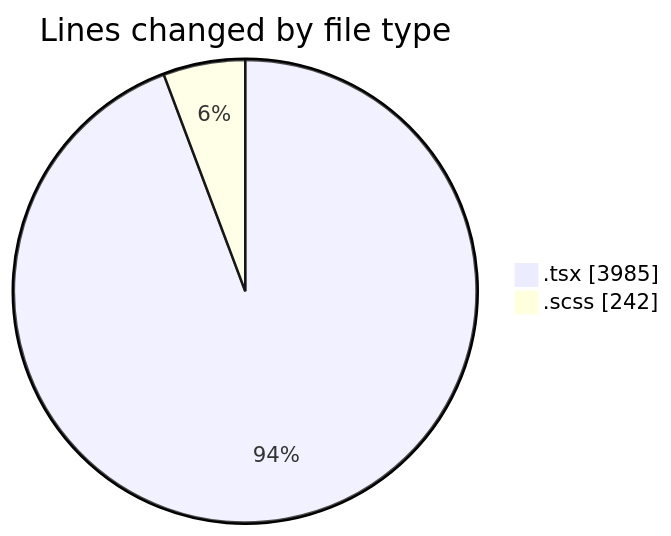
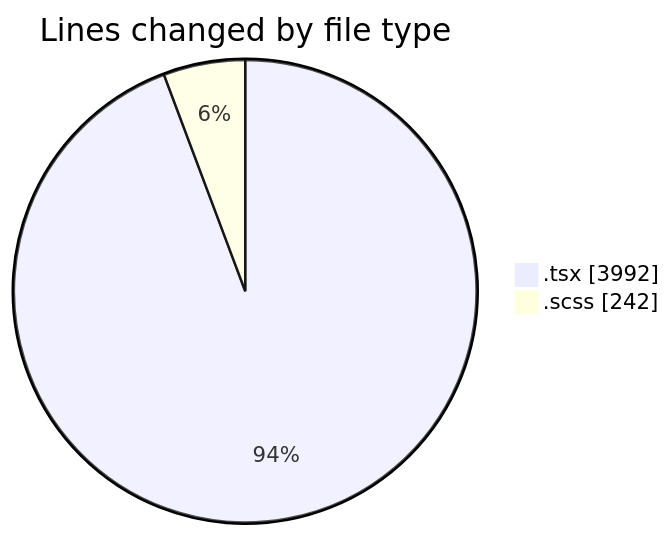
One commit to momahboobian/code-tracking changed the first of 2 diagrams in 2025-07-03/cda/README.md. Above: the diagram before and after it, drawn with Mermaid. The commit also changed other lines of this file and 1 other file, not shown here.

````diff
--- a/2025-07-03/cda/README.md
+++ b/2025-07-03/cda/README.md
@@ -36,6 +36,6 @@
 ```mermaid
 pie showData
 title Lines changed by file type
-".tsx" : 3985
+".tsx" : 3992
 ".scss" : 242
 ```
````
